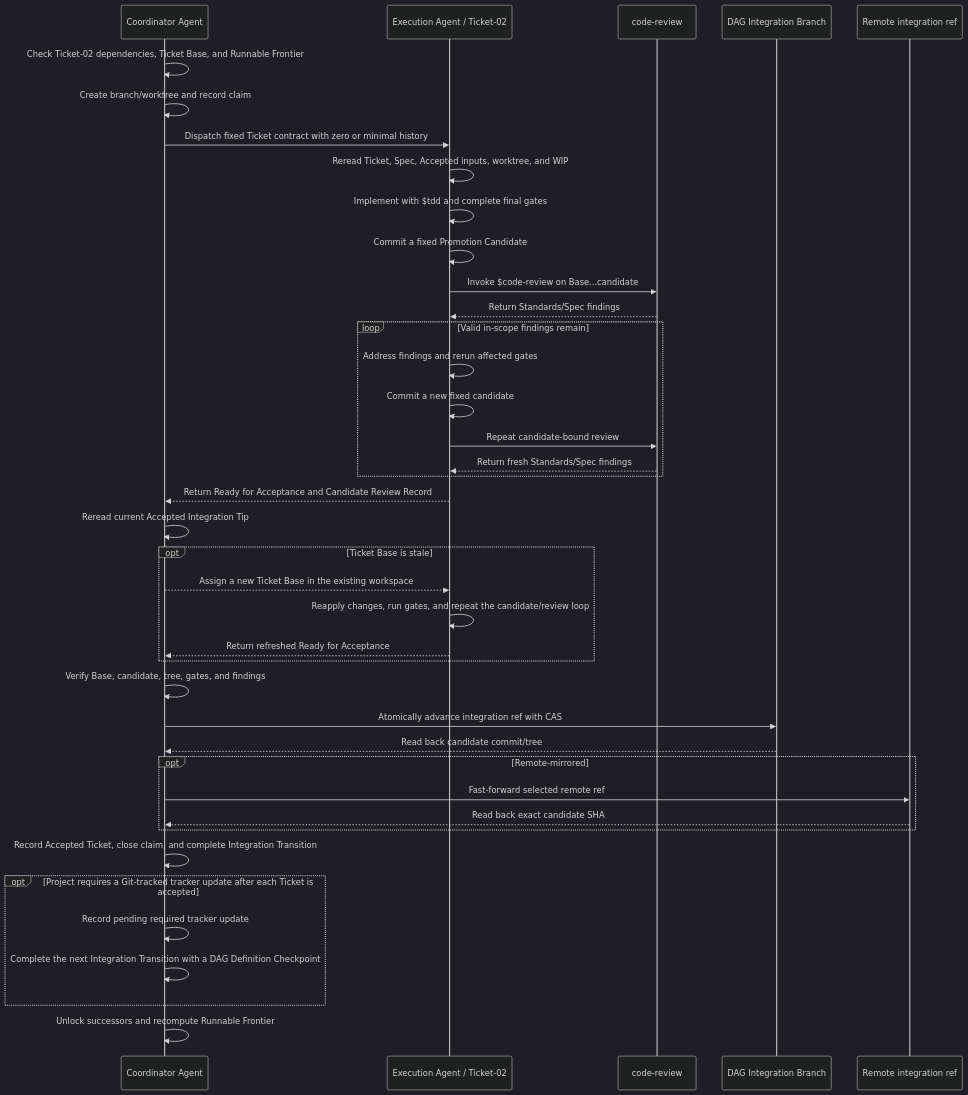
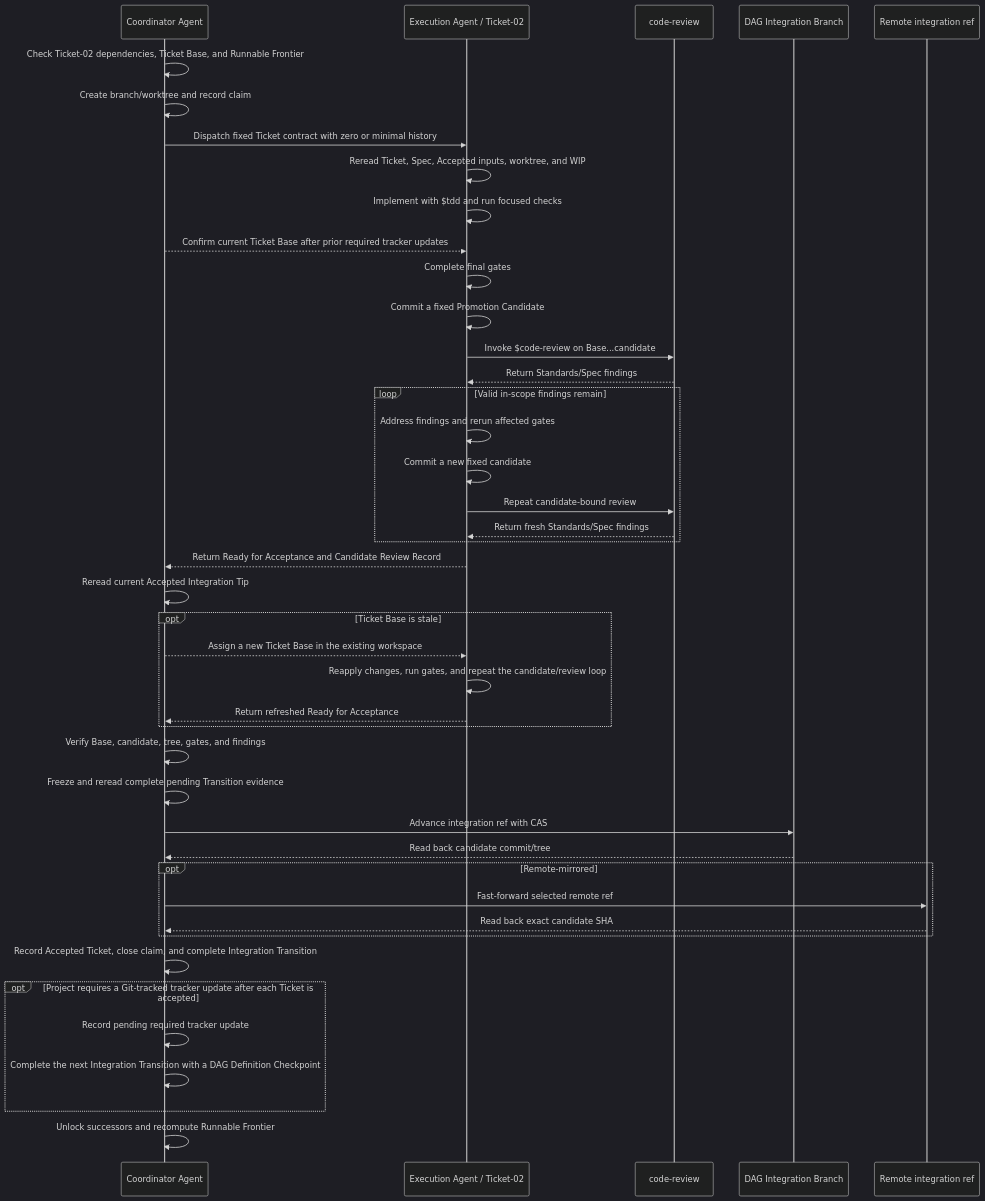
Before and after one commit to RedHeartSecretMan/dag-skill: the diagram in README.md, drawn with Mermaid (dark theme). The commit also changed other lines of this file and 11 other files, not shown here.

````diff
--- a/README.md
+++ b/README.md
@@ -55,52 +60,55 @@
 ```mermaid
 sequenceDiagram
     participant C as Coordinator Agent
     participant E as Execution Agent / Ticket-02
     participant R as code-review
     participant I as DAG Integration Branch
     participant M as Remote integration ref
 
     C->>C: Check Ticket-02 dependencies, Ticket Base, and Runnable Frontier
     C->>C: Create branch/worktree and record claim
     C->>E: Dispatch fixed Ticket contract with zero or minimal history
 
     E->>E: Reread Ticket, Spec, Accepted inputs, worktree, and WIP
-    E->>E: Implement with $tdd and complete final gates
+    E->>E: Implement with $tdd and run focused checks
+    C-->>E: Confirm current Ticket Base after prior required tracker updates
+    E->>E: Complete final gates
     E->>E: Commit a fixed Promotion Candidate
     E->>R: Invoke $code-review on Base...candidate
     R-->>E: Return Standards/Spec findings
 
     loop Valid in-scope findings remain
         E->>E: Address findings and rerun affected gates
         E->>E: Commit a new fixed candidate
         E->>R: Repeat candidate-bound review
         R-->>E: Return fresh Standards/Spec findings
     end
 
     E-->>C: Return Ready for Acceptance and Candidate Review Record
     C->>C: Reread current Accepted Integration Tip
 
     opt Ticket Base is stale
         C-->>E: Assign a new Ticket Base in the existing workspace
         E->>E: Reapply changes, run gates, and repeat the candidate/review loop
         E-->>C: Return refreshed Ready for Acceptance
     end
 
     C->>C: Verify Base, candidate, tree, gates, and findings
-    C->>I: Atomically advance integration ref with CAS
+    C->>C: Freeze and reread complete pending Transition evidence
+    C->>I: Advance integration ref with CAS
     I-->>C: Read back candidate commit/tree
 
     opt Remote-mirrored
         C->>M: Fast-forward selected remote ref
         M-->>C: Read back exact candidate SHA
     end
 
     C->>C: Record Accepted Ticket, close claim, and complete Integration Transition
 
     opt Project requires a Git-tracked tracker update after each Ticket is accepted
         C->>C: Record pending required tracker update
         C->>C: Complete the next Integration Transition with a DAG Definition Checkpoint
     end
 
     C->>C: Unlock successors and recompute Runnable Frontier
 ```
````
